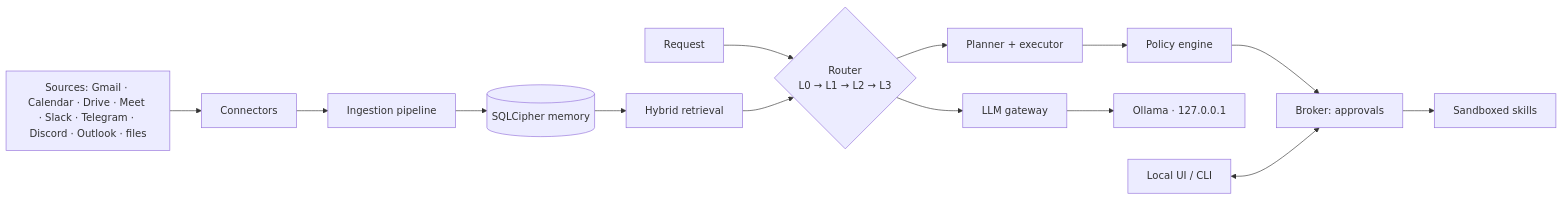
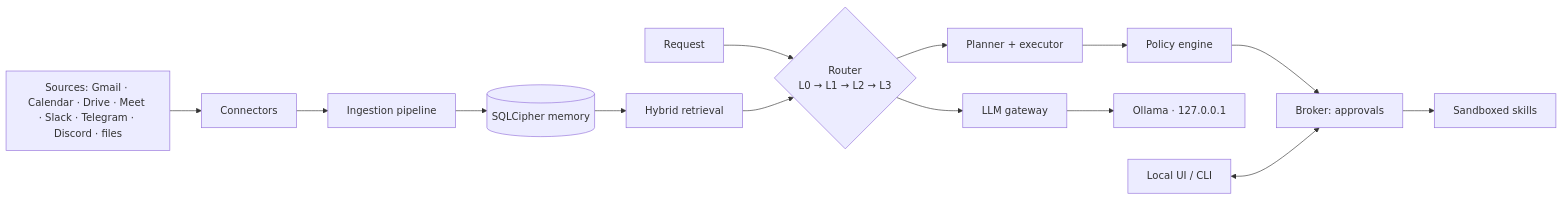
One commit to IshanGite/kala-dhua changed the diagram in README.md. Above: the diagram before and after it, drawn with Mermaid. The commit also changed other lines of this file and 9 other files, not shown here.

Commit message:
feat(graph): observatory upgrade - pipeline ring, live path replay, Runs inspector, Benchmarks panel, shortcuts, tour, trace copy; /runs and /evals; Outlook marked out of scope

````diff
--- a/README.md
+++ b/README.md
@@ -90,16 +90,16 @@
 ```mermaid
 flowchart LR
-  SRC[Sources: Gmail · Calendar · Drive · Meet · Slack · Telegram · Discord · Outlook · files] --> CONN[Connectors]
+  SRC[Sources: Gmail · Calendar · Drive · Meet · Slack · Telegram · Discord · files] --> CONN[Connectors]
   CONN --> ING[Ingestion pipeline]
   ING --> MEM[(SQLCipher memory)]
   MEM --> RET[Hybrid retrieval]
   REQ[Request] --> ROUTE{Router<br/>L0 → L1 → L2 → L3}
   RET --> ROUTE
   ROUTE --> HAR[Planner + executor]
   HAR --> POL[Policy engine]
   POL --> BRK[Broker: approvals]
   BRK --> SK[Sandboxed skills]
   ROUTE --> GW[LLM gateway]
   GW --> OLL[Ollama · 127.0.0.1]
   UI[Local UI / CLI] <--> BRK
 ```
````
